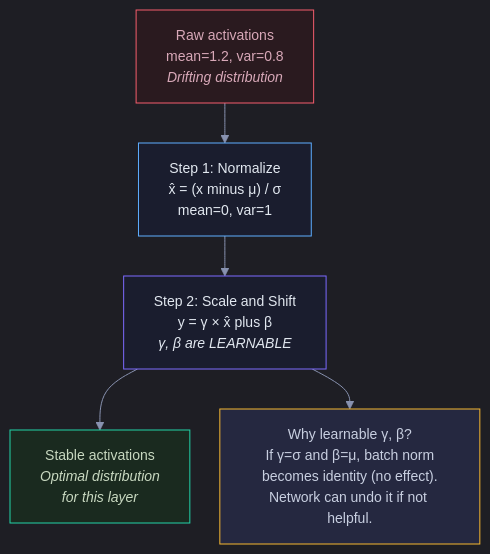
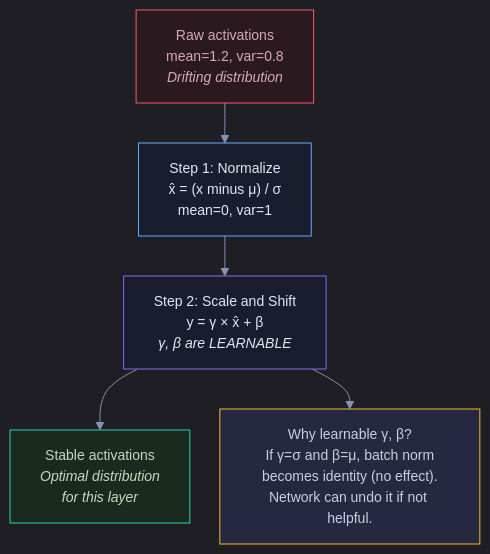
The tenth of 18 diagrams in Documents/Visual_Guides/Deep_Learning/Neural_Network_Fundamentals_Visual.md (snehith1234/StudyCircle), drawn with Mermaid before and after one commit. The commit also changed other lines of this file and 10 other files, not shown here.

First line of the commit message:
Fix Mermaid formatting and add RNN/LSTM guides

````diff
--- a/Documents/Visual_Guides/Deep_Learning/Neural_Network_Fundamentals_Visual.md
+++ b/Documents/Visual_Guides/Deep_Learning/Neural_Network_Fundamentals_Visual.md
@@ -285,15 +285,15 @@
 ```mermaid
 %%{init: {'theme': 'dark', 'themeVariables': {'darkMode': true, 'background': '#0e1117', 'primaryColor': '#1a1d2e', 'primaryTextColor': '#e2e8f0', 'primaryBorderColor': '#2d3148', 'lineColor': '#8892b0', 'secondaryColor': '#252840', 'tertiaryColor': '#1a1d2e', 'fontSize': '14px', 'edgeLabelBackground': '#0e1117'}, 'flowchart': {'nodeSpacing': 30, 'rankSpacing': 40, 'padding': 15, 'htmlLabels': true}}}%%
 graph TD
     INPUT["Raw activations<br/>mean=1.2, var=0.8<br/><i>Drifting distribution</i>"] --> NORM["Step 1: Normalize<br/>x̂ = (x minus μ) / σ<br/>mean=0, var=1"]
-    NORM --> SCALE["Step 2: Scale and Shift<br/>y = γ × x̂ plus β<br/><i>γ, β are LEARNABLE</i>"]
+    NORM --> SCALE["Step 2: Scale and Shift<br/>y = γ × x̂ + β<br/><i>γ, β are LEARNABLE</i>"]
     SCALE --> OUTPUT["Stable activations<br/><i>Optimal distribution<br/>for this layer</i>"]
 
     SCALE --> WHY["Why learnable γ, β?<br/>If γ=σ and β=μ, batch norm<br/>becomes identity (no effect).<br/>Network can undo it if not helpful."]
 
     style INPUT fill:#2a1a1f,stroke:#f45d6d,color:#d8a8b8
     style NORM fill:#1a1d2e,stroke:#5eaeff,color:#e2e8f0
     style SCALE fill:#1a1d2e,stroke:#7c6aff,color:#e2e8f0
     style OUTPUT fill:#1a2a1f,stroke:#22d3a7,color:#c8d8c0
     style WHY fill:#252840,stroke:#f5b731,color:#c8cfe0
 ```
````
